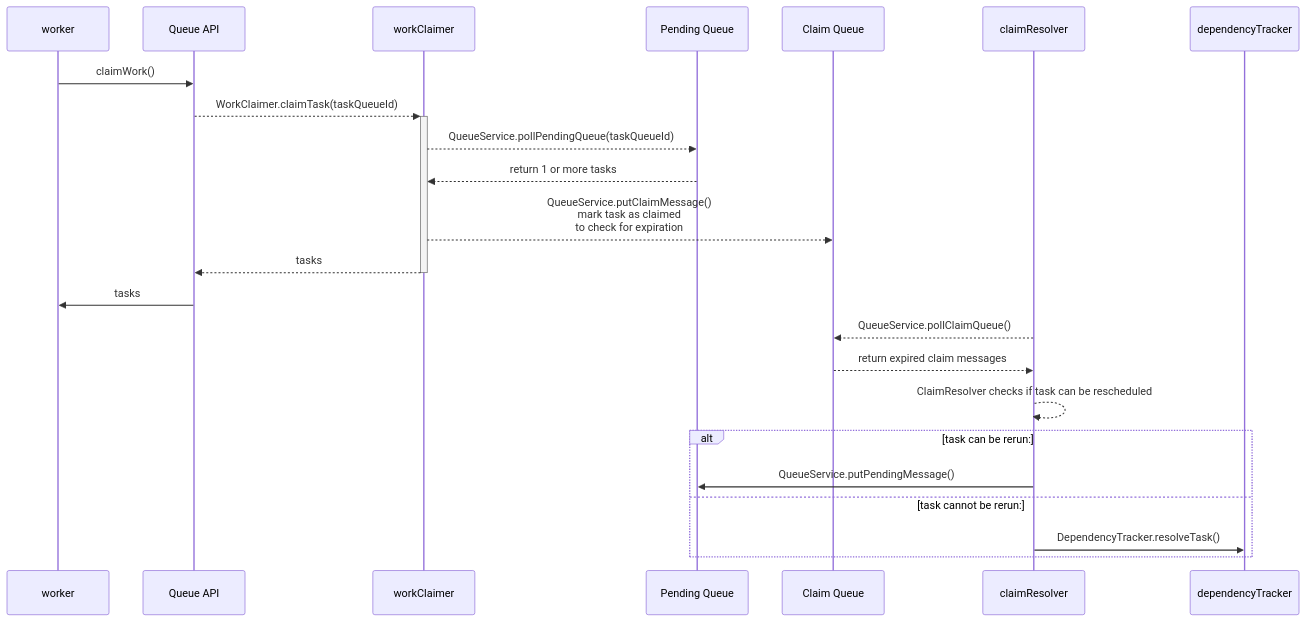
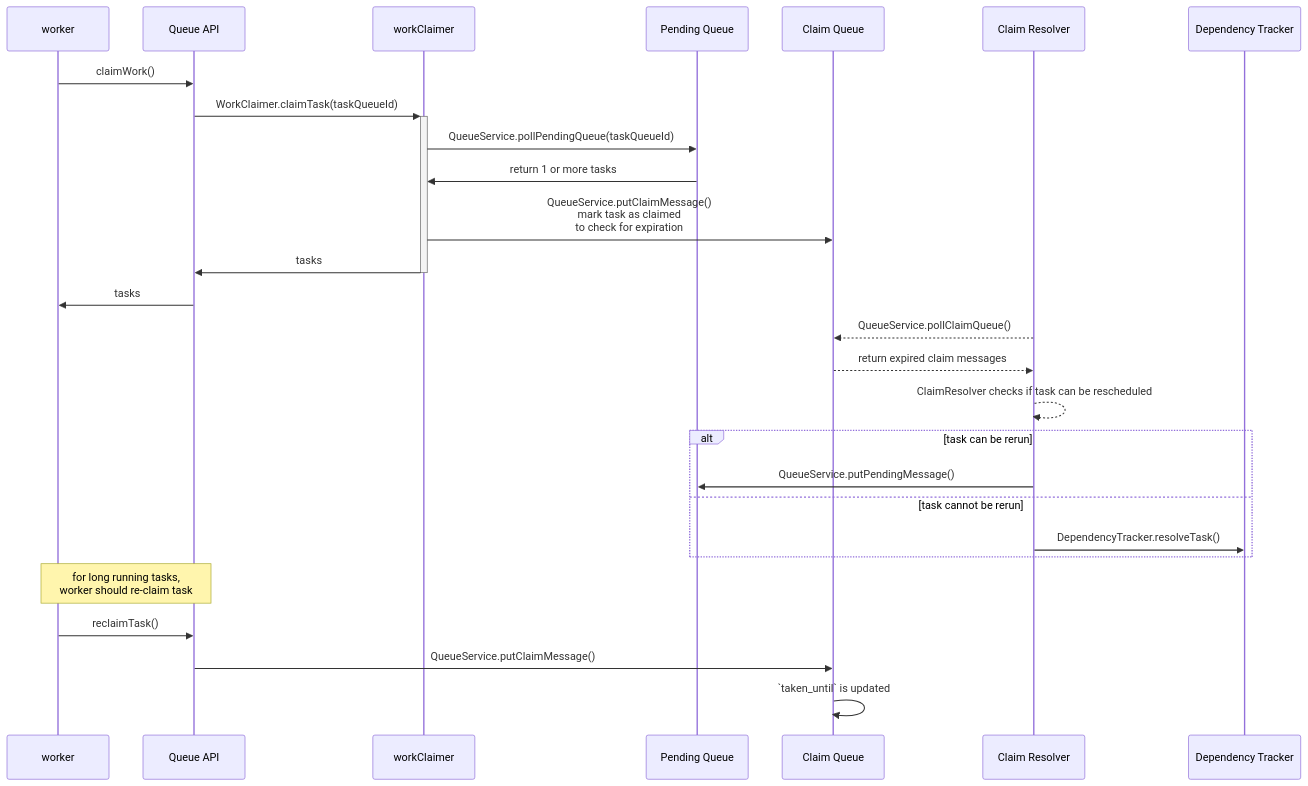
The second of 3 diagrams in services/queue/README.md (taskcluster/taskcluster), drawn with Mermaid before and after one commit. The commit also changed other lines of this file and 8 other files, not shown here.

````diff
--- a/services/queue/README.md
+++ b/services/queue/README.md
@@ -61,28 +60,34 @@
 ```mermaid
 sequenceDiagram
   participant worker
   participant queue as Queue API
   participant workClaimer
   participant pendingQueue as Pending Queue
   participant claimQueue as Claim Queue
+  participant claimResolver as Claim Resolver
+  participant dependencyTracker as Dependency Tracker
 
   worker->>queue: claimWork()
-  queue-->>+workClaimer: WorkClaimer.claimTask(taskQueueId)
-  workClaimer-->>pendingQueue: QueueService.pollPendingQueue(taskQueueId)
-  pendingQueue-->>workClaimer: return 1 or more tasks
-  workClaimer-->>claimQueue: QueueService.putClaimMessage() <br> mark task as claimed<br> to check for expiration
-  workClaimer-->>-queue: tasks
+  queue->>+workClaimer: WorkClaimer.claimTask(taskQueueId)
+  workClaimer->>pendingQueue: QueueService.pollPendingQueue(taskQueueId)
+  pendingQueue->>workClaimer: return 1 or more tasks
+  workClaimer->>claimQueue: QueueService.putClaimMessage() <br> mark task as claimed<br> to check for expiration
+  workClaimer->>-queue: tasks
   queue->>worker: tasks
 
   claimResolver-->>claimQueue: QueueService.pollClaimQueue()
   claimQueue-->>claimResolver: return expired claim messages
   claimResolver-->>claimResolver: ClaimResolver checks if task can be rescheduled
 
-  alt task can be rerun:
+  alt task can be rerun
     claimResolver->>pendingQueue: QueueService.putPendingMessage()
-  else task cannot be rerun:
+  else task cannot be rerun
     claimResolver->>dependencyTracker: DependencyTracker.resolveTask()
   end
 
+  note over worker, queue: for long running tasks,<br> worker should re-claim task
+  worker->>queue: reclaimTask()
+  queue->>claimQueue: QueueService.putClaimMessage()
+  claimQueue->>claimQueue: `taken_until` is updated
 
 ```
````
